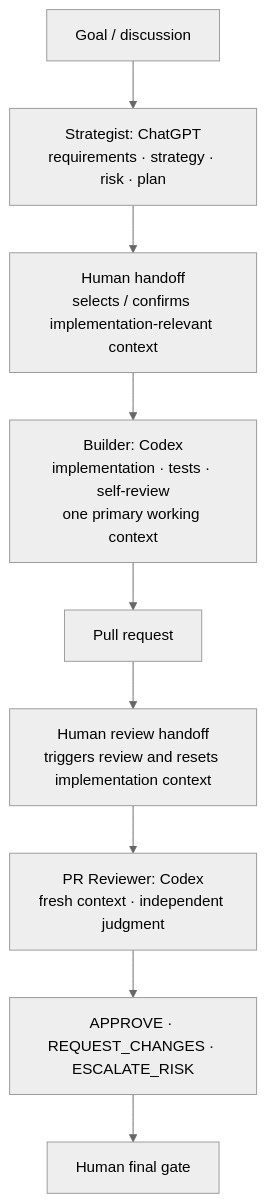
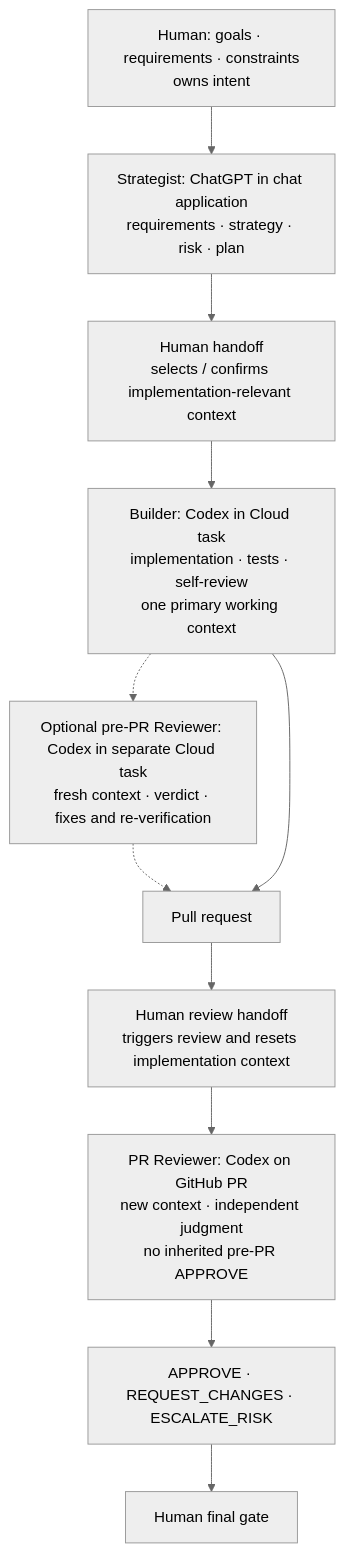
One commit to hy0044/cnad-method changed the diagram in templates/method/workflow.md. Above: the diagram before and after it, drawn with Mermaid (neutral theme). The commit also changed other lines of this file and 6 other files, not shown here.

````diff
--- a/templates/method/workflow.md
+++ b/templates/method/workflow.md
@@ -46,11 +87,13 @@
 ```mermaid
 flowchart TD
-    goal["Goal / discussion"] --> strategist["Strategist: ChatGPT<br/>requirements · strategy · risk · plan"]
+    goal["Human: goals · requirements · constraints<br/>owns intent"] --> strategist["Strategist: ChatGPT in chat application<br/>requirements · strategy · risk · plan"]
     strategist --> handoff["Human handoff<br/>selects / confirms implementation-relevant context"]
-    handoff --> builder["Builder: Codex<br/>implementation · tests · self-review<br/>one primary working context"]
+    handoff --> builder["Builder: Codex in Cloud task<br/>implementation · tests · self-review<br/>one primary working context"]
+    builder -.-> pre["Optional pre-PR Reviewer: Codex in separate Cloud task<br/>fresh context · verdict · fixes and re-verification"]
+    pre -.-> pr
     builder --> pr["Pull request"]
     pr --> reset["Human review handoff<br/>triggers review and resets implementation context"]
-    reset --> reviewer["PR Reviewer: Codex<br/>fresh context · independent judgment"]
+    reset --> reviewer["PR Reviewer: Codex on GitHub PR<br/>new context · independent judgment<br/>no inherited pre-PR APPROVE"]
     reviewer --> verdict["APPROVE · REQUEST_CHANGES · ESCALATE_RISK"]
     verdict --> gate["Human final gate"]
 ```
````
